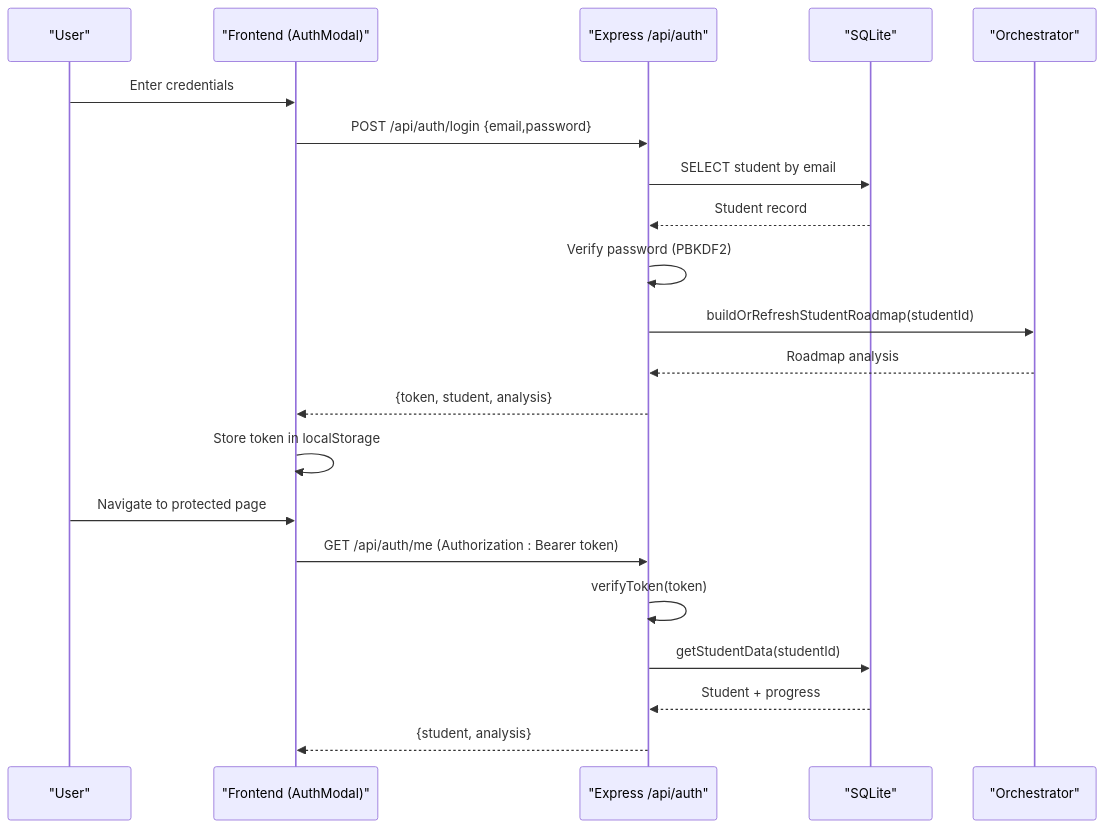
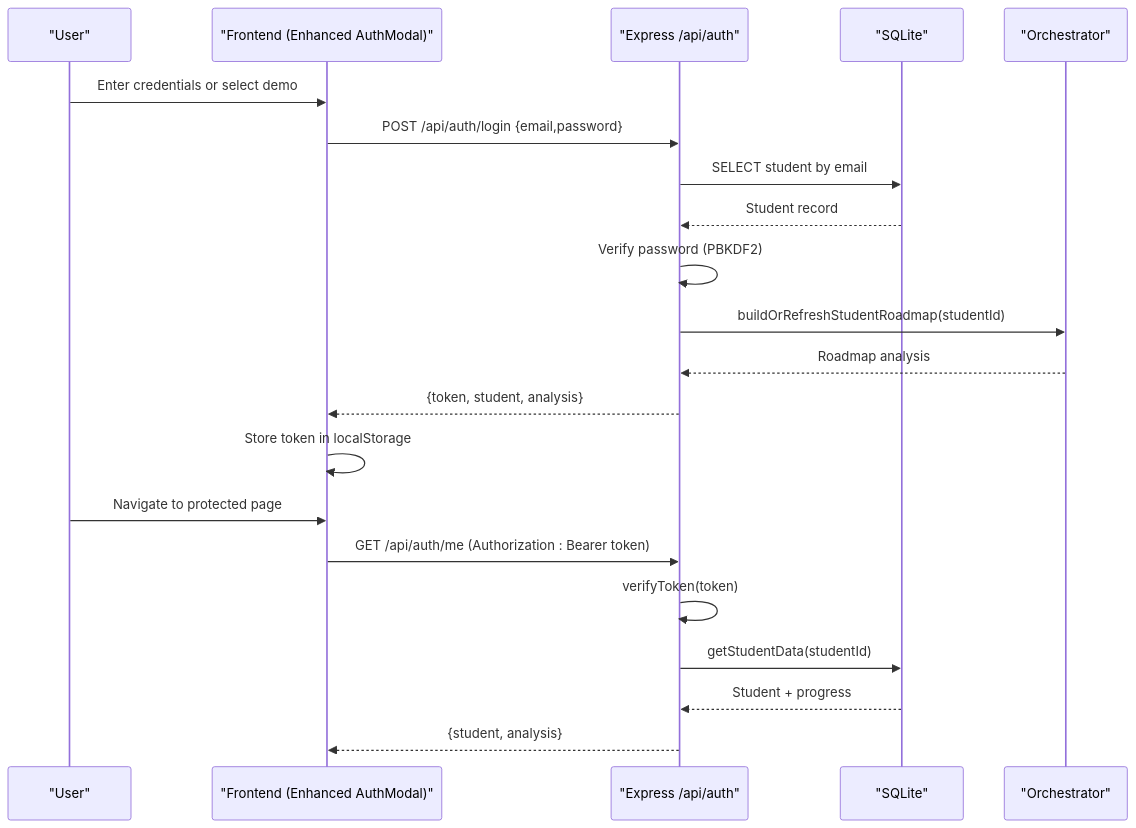
The second of 12 diagrams in .qoder/repowiki/en/content/Core Features/Authentication System.md (Alishba-Moin/CareerCompass), drawn with Mermaid before and after one commit. The commit also changed other lines of this file and 8 other files, not shown here.

````diff
--- a/.qoder/repowiki/en/content/Core Features/Authentication System.md
+++ b/.qoder/repowiki/en/content/Core Features/Authentication System.md
@@ -75,23 +92,23 @@
 ```mermaid
 sequenceDiagram
 participant U as "User"
-participant FE as "Frontend (AuthModal)"
+participant FE as "Frontend (Enhanced AuthModal)"
 participant API as "Express /api/auth"
 participant DB as "SQLite"
 participant AG as "Orchestrator"
-U->>FE : Enter credentials
+U->>FE : Enter credentials or select demo
 FE->>API : POST /api/auth/login {email,password}
 API->>DB : SELECT student by email
 DB-->>API : Student record
 API->>API : Verify password (PBKDF2)
 API->>AG : buildOrRefreshStudentRoadmap(studentId)
 AG-->>API : Roadmap analysis
 API-->>FE : {token, student, analysis}
 FE->>FE : Store token in localStorage
 U->>FE : Navigate to protected page
 FE->>API : GET /api/auth/me (Authorization : Bearer token)
 API->>API : verifyToken(token)
 API->>DB : getStudentData(studentId)
 DB-->>API : Student + progress
 API-->>FE : {student, analysis}
 ```
````
